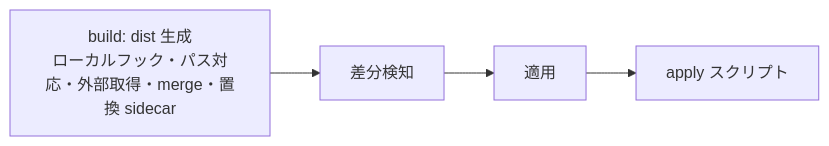
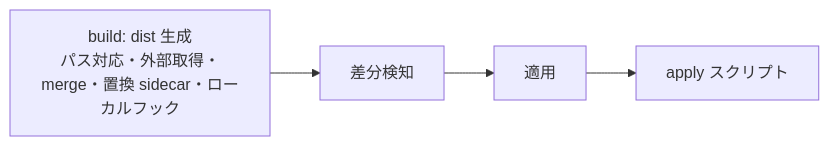
Before and after one commit to CatBraaain/dotfiles: the diagram in dotfiles-manager/SPEC.md, drawn with Mermaid. The commit also changed other lines of this file and 4 other files, not shown here.

````diff
--- a/dotfiles-manager/SPEC.md
+++ b/dotfiles-manager/SPEC.md
@@ -14,6 +14,6 @@
 ```mermaid
 flowchart LR
-  A[build: dist 生成<br>ローカルフック・パス対応・外部取得・merge・置換 sidecar] --> B[差分検知]
+  A[build: dist 生成<br>パス対応・外部取得・merge・置換 sidecar・ローカルフック] --> B[差分検知]
   B --> D[適用]
   D --> E[apply スクリプト]
 ```
````
